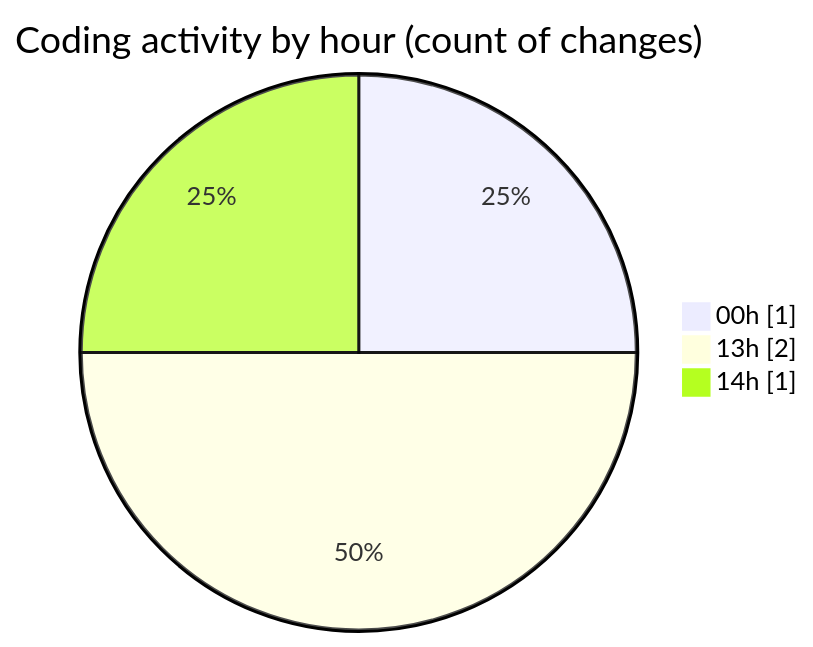
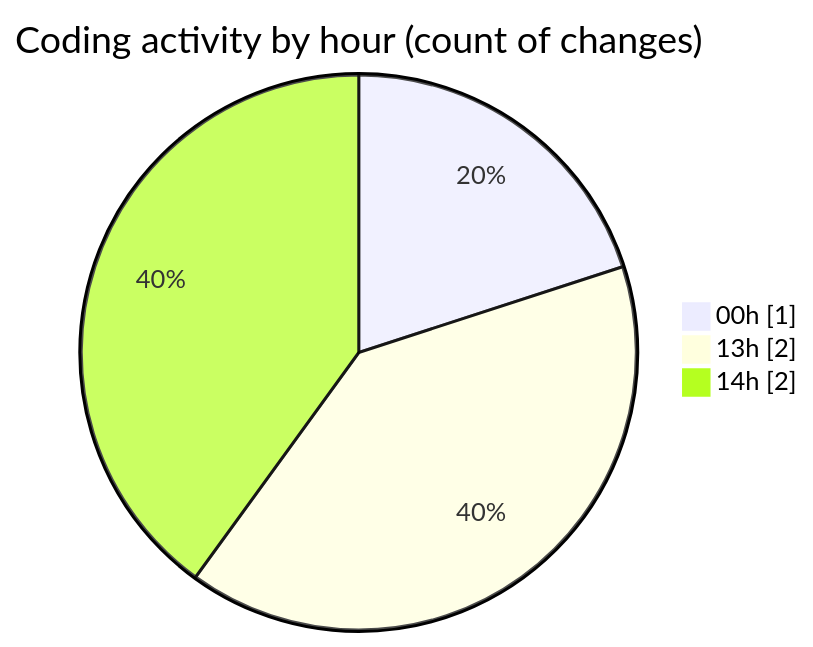
One commit to julien-gomy/code-tracking changed the second of 2 diagrams in 2025-11-26/cdp_aleoudev_fr__workspace_/README.md. Above: the diagram before and after it, drawn with Mermaid. The commit also changed other lines of this file and 1 other file, not shown here.

````diff
--- a/2025-11-26/cdp_aleoudev_fr__workspace_/README.md
+++ b/2025-11-26/cdp_aleoudev_fr__workspace_/README.md
@@ -29,7 +29,7 @@
 ```mermaid
 pie showData
 title Coding activity by hour (count of changes)
 "00h" : 1
 "13h" : 2
-"14h" : 1
+"14h" : 2
 ```
````
